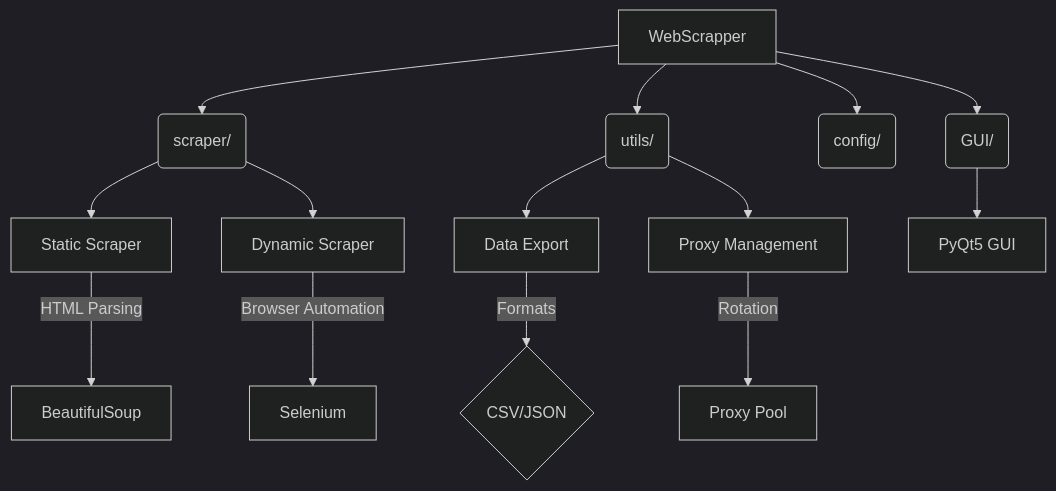
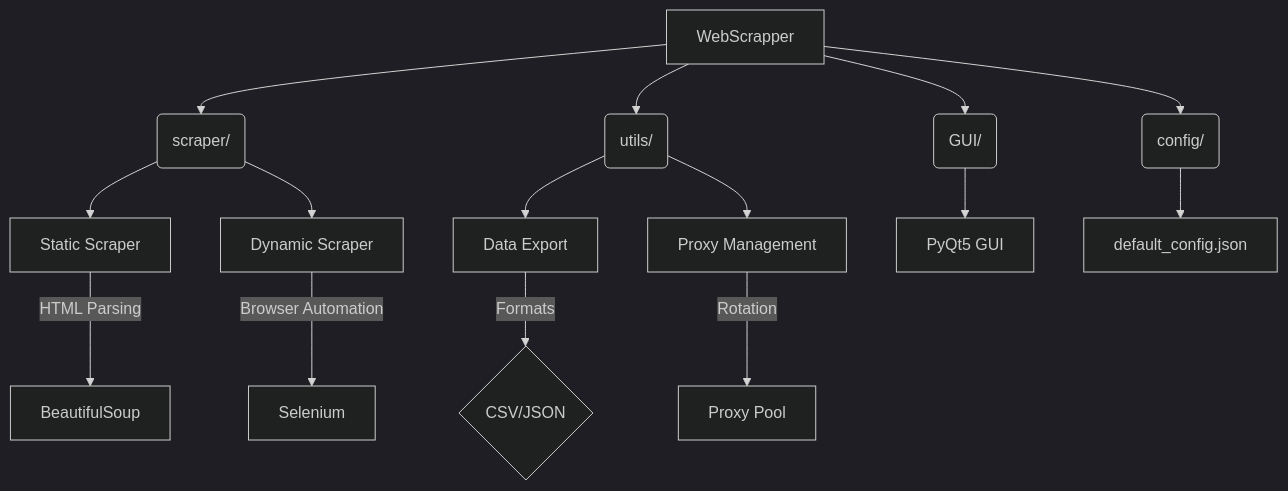
One commit to SakshiBishnoi/WebScrapper changed the diagram in README.md. Above: the diagram before and after it, drawn with Mermaid (dark theme).

Commit message:
update readme1

````diff
--- a/README.md
+++ b/README.md
@@ -168,16 +168,17 @@
 ```mermaid
 flowchart TD
     A[WebScrapper] --> B(scraper/)
     A --> C(utils/)
     A --> D(config/)
     A --> M(GUI/)
     B --> E[Static Scraper]
     B --> F[Dynamic Scraper]
     C --> G[Data Export]
     C --> H[Proxy Management]
     E -->|HTML Parsing| I[BeautifulSoup]
     F -->|Browser Automation| J[Selenium]
     G -->|Formats| K{CSV/JSON}
     H -->|Rotation| L[Proxy Pool]
     M --> N[PyQt5 GUI]
+    D --> O[default_config.json]
 ```
````
